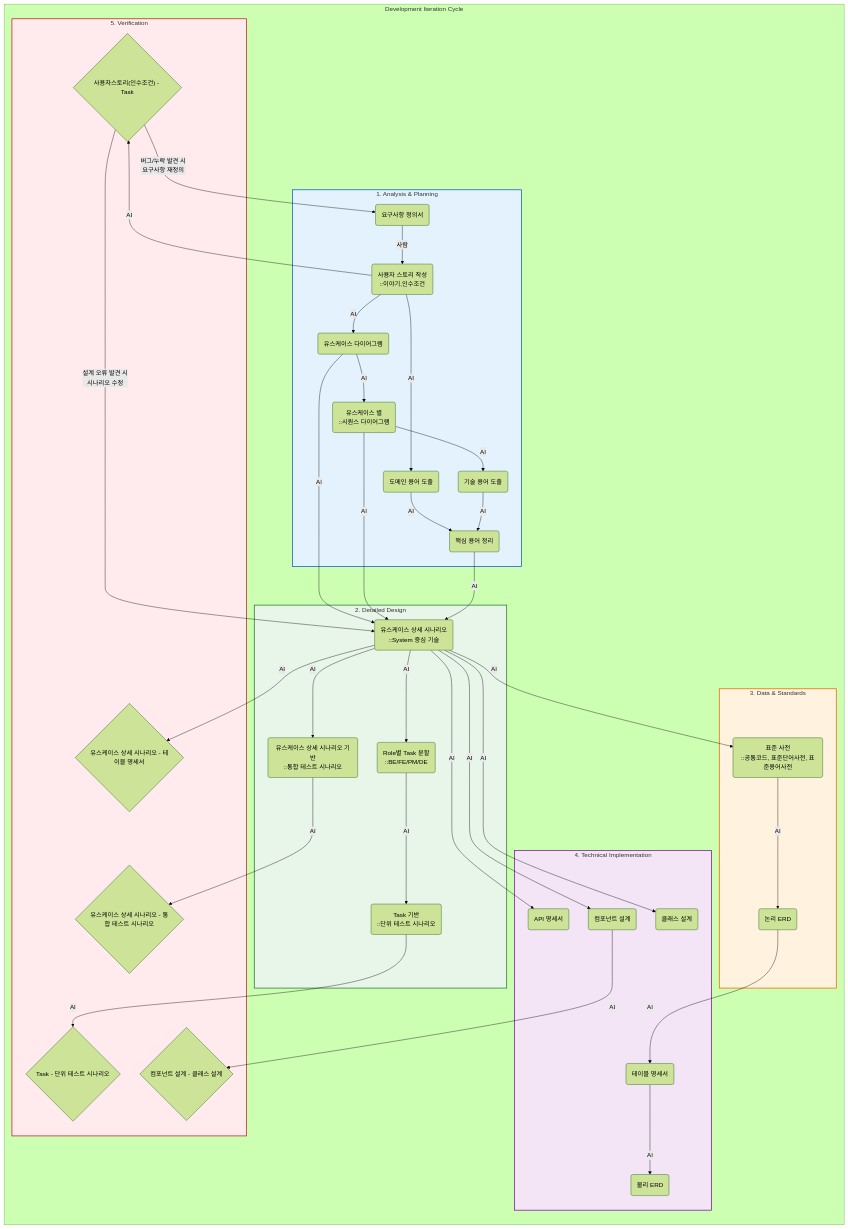
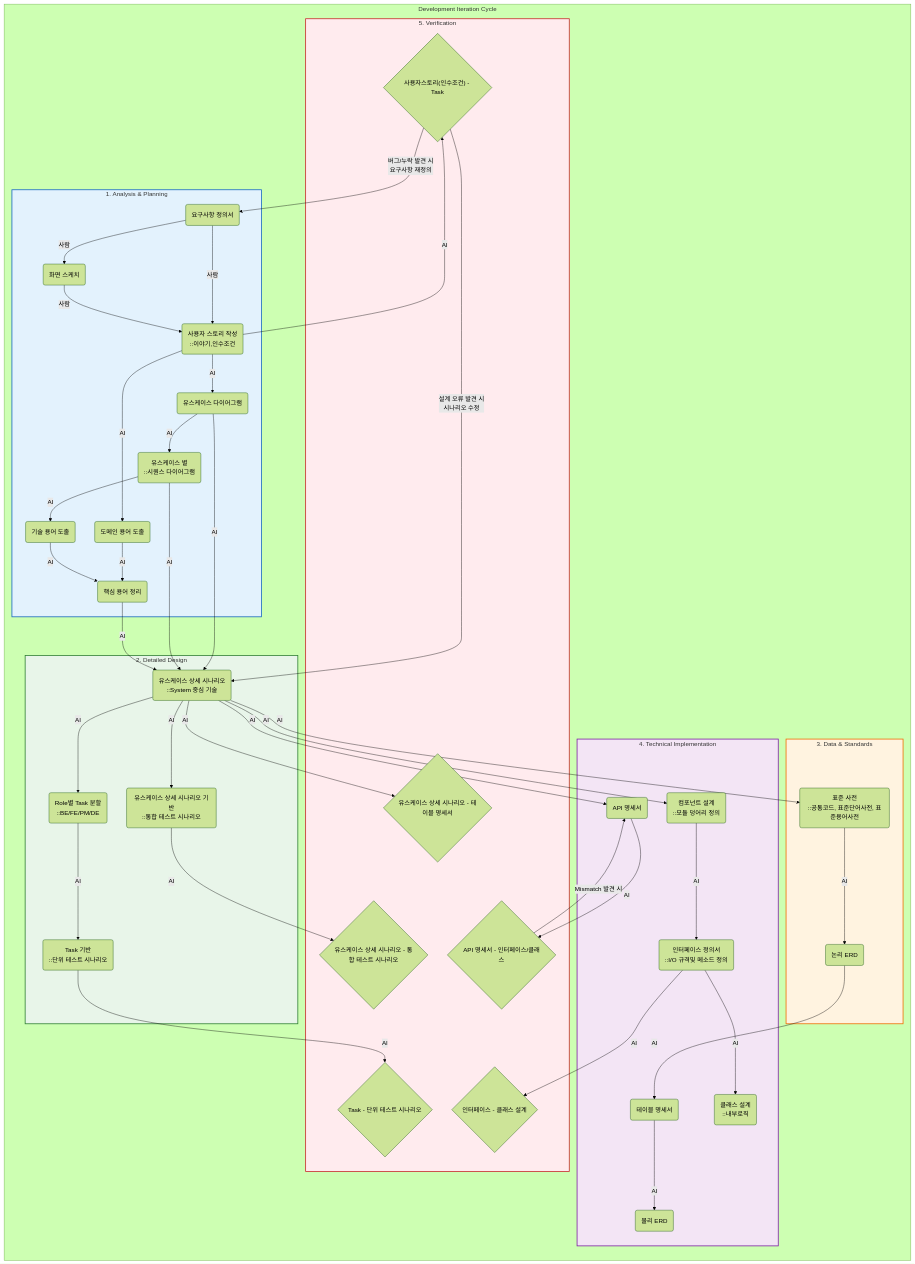
The first of 2 diagrams in documents/README.md (thanksLee/vitamin-monorepo), drawn with Mermaid (forest theme) before and after one commit.

````diff
--- a/documents/README.md
+++ b/documents/README.md
@@ -22,10 +22,11 @@
         
         %% Phase 1: 기획 및 분석
         subgraph P1 [1. Analysis & Planning]
+            P1A(요구사항 정의서) -- "사람" --> P1X(화면 스케치)
             %% 사용자 스토리 : 
             %% - 이야기 (누가-역할, 무엇을-기능, 왜-가치/목적) 
             %% - 인수조건 (기능이 구체적으로 어떻게 동작해야 하는지, 제약사항은 무엇인지 기술.)
-            P1A(요구사항 정의서) -- "사람" --> P1B(사용자 스토리 작성<br/>::이야기,인수조건)
+            P1A & P1X -- "사람" --> P1B(사용자 스토리 작성<br/>::이야기,인수조건)
             P1B -- "AI" --> P1C(유스케이스 다이어그램)
             %% 유스케이스별 시퀀스 다이어그램
             P1C -- "AI" --> P1D(유스케이스 별<br/>::시퀀스 다이어그램)
@@ -55,10 +56,13 @@
         %% Phase 4: 기술 구현 설계
         subgraph P4 [4. Technical Implementation]
             P2A -- "AI" --> P4A(API 명세서)
+            %% 데이터 설계
             P3B -- "AI" --> P4B(테이블 명세서)
             P4B -- "AI" --> P4C(물리 ERD)
-            P2A -- "AI" --> P4D(컴포넌트 설계)
-            P2A -- "AI" --> P4E(클래스 설계)
+            %% 시나리오 -> 컴포넌트(덩어리) -> 인터페이스(약속) -> 클래스(구현)
+            P2A -- "AI" --> P4D(컴포넌트 설계<br/>::모듈 덩어리 정의)
+            P4D -- "AI" --> P4F(인터페이스 정의서<br/>::I/O 규격및 메소드 정의)
+            P4F -- "AI" --> P4E(클래스 설계<br/>::내부로직)
         end
 
         %% Phase 5: 검증 및 피드백
@@ -67,7 +71,9 @@
             P2C -- "AI" --> P5B{"Task - 단위 테스트 시나리오"}
             P2A -- "AI" --> P5C{"유스케이스 상세 시나리오 - 테이블 명세서"}
             P2D -- "AI" --> P5D{"유스케이스 상세 시나리오 - 통합 테스트 시나리오"}
-            P4D -- "AI" --> P5E{"컴포넌트 설계 - 클래스 설계"}
+            %% 클래스가 인터페이스(설계)대로 구현되었는지 확인
+            P4F -- "AI" --> P5E{"인터페이스 - 클래스 설계"}
+            P4A -- "AI" --> P5F{"API 명세서 - 인터페이스/클래스"}
         end
     end
 
@@ -81,5 +87,5 @@
     %% 순환 피드백 (Feedback Loop)
     P5A -- "버그/누락 발견 시<br/>요구사항 재정의" --> P1A
     P5A -- "설계 오류 발견 시<br/>시나리오 수정" --> P2A
-
+    P5F -- "Mismatch 발견 시" --> P4A
 ```
````
